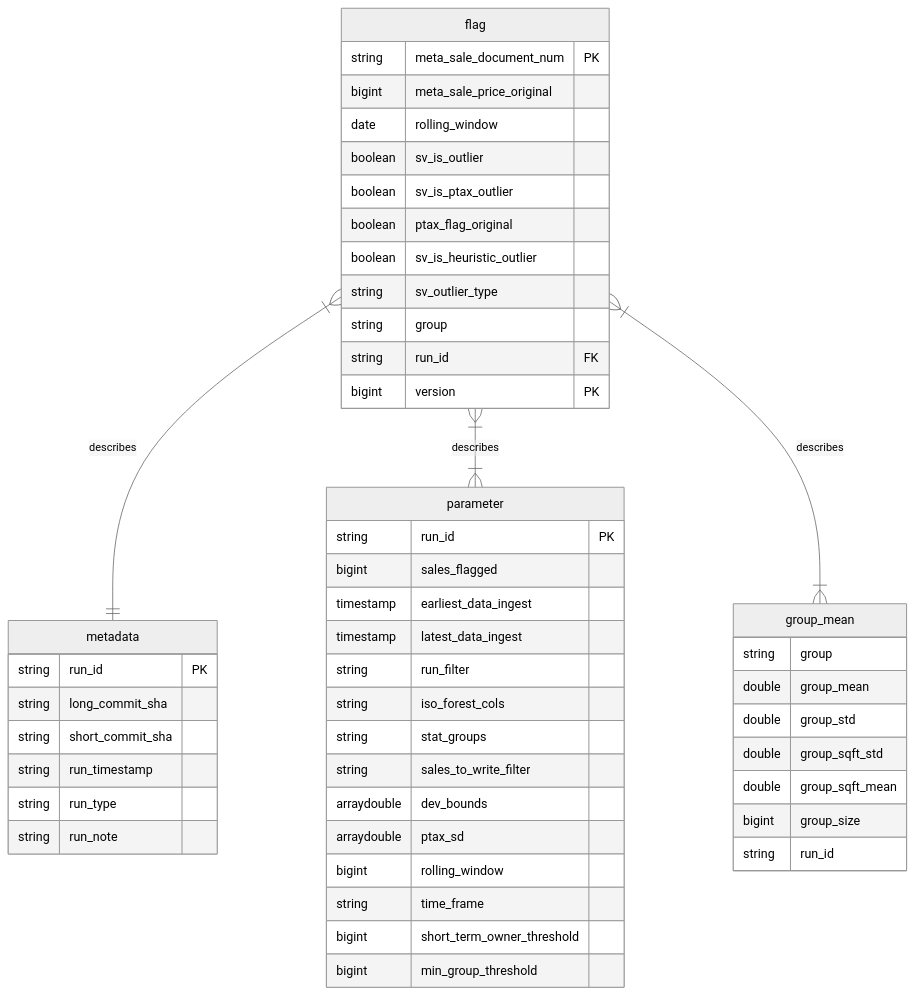
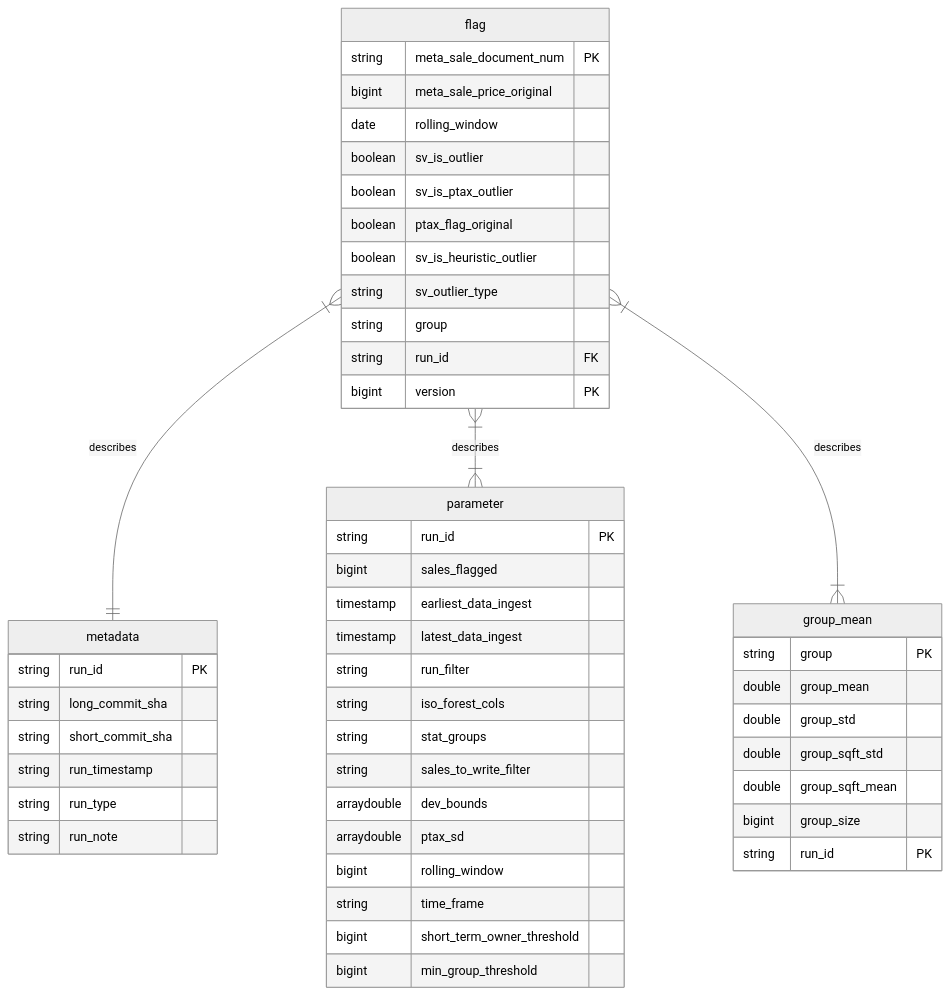
One commit to ccao-data/model-sales-val changed the second of 2 diagrams in README.md. Above: the diagram before and after it, drawn with Mermaid (neutral theme).

````diff
--- a/README.md
+++ b/README.md
@@ -252,56 +252,56 @@
 ```mermaid
 erDiagram
     flag }|--|| metadata : describes
     flag }|--|{ parameter : describes
     flag }|--|{ group_mean : describes
 
     flag {
         string meta_sale_document_num PK
         bigint meta_sale_price_original
         date rolling_window
         boolean sv_is_outlier
         boolean sv_is_ptax_outlier
         boolean ptax_flag_original
         boolean sv_is_heuristic_outlier
         string sv_outlier_type
         string group
         string run_id FK
         bigint version PK
     }
 
     metadata {
         string run_id PK
         string long_commit_sha
         string short_commit_sha
         string run_timestamp
         string run_type
         string run_note 
     }
 
     parameter {
         string run_id PK
         bigint sales_flagged
         timestamp earliest_data_ingest
         timestamp latest_data_ingest
         string run_filter
         string iso_forest_cols
         string stat_groups
         string sales_to_write_filter
         arraydouble dev_bounds
         arraydouble ptax_sd
         bigint rolling_window
         string time_frame
         bigint short_term_owner_threshold
         bigint min_group_threshold
     }
 
     group_mean {
-        string group
+        string group PK
         double group_mean
         double group_std
         double group_sqft_std
         double group_sqft_mean
         bigint group_size
-        string run_id
+        string run_id PK
     }
 ```
````
